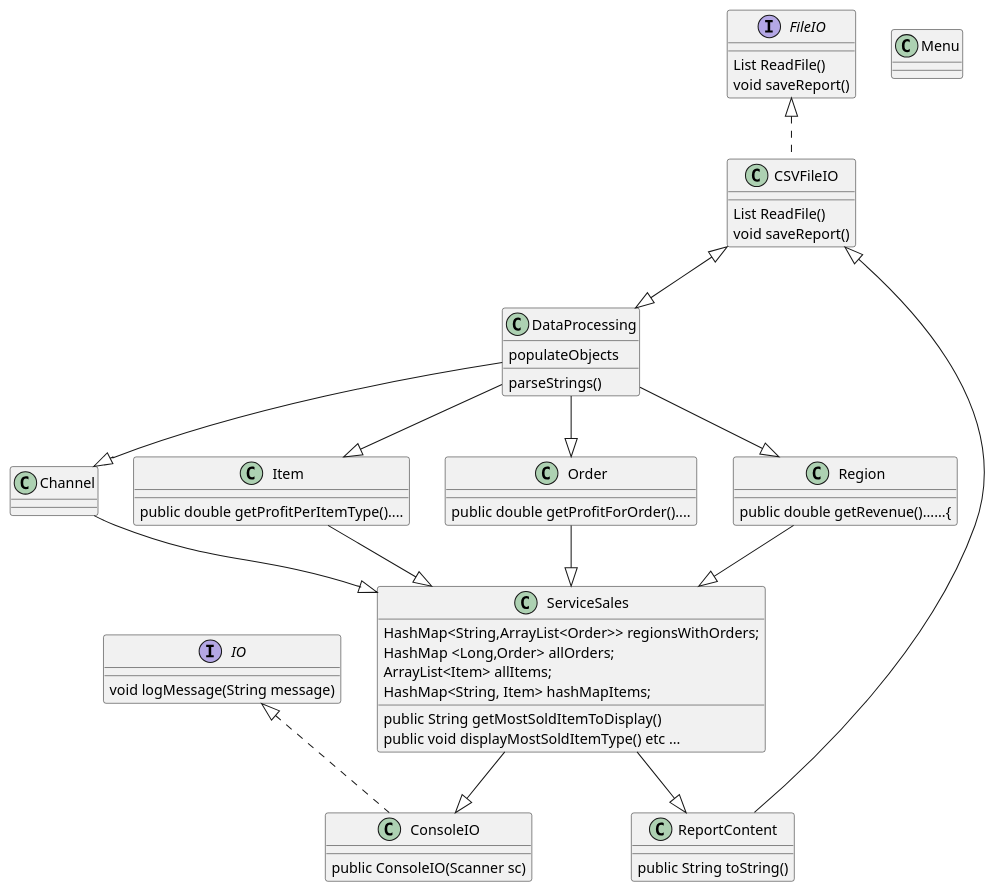
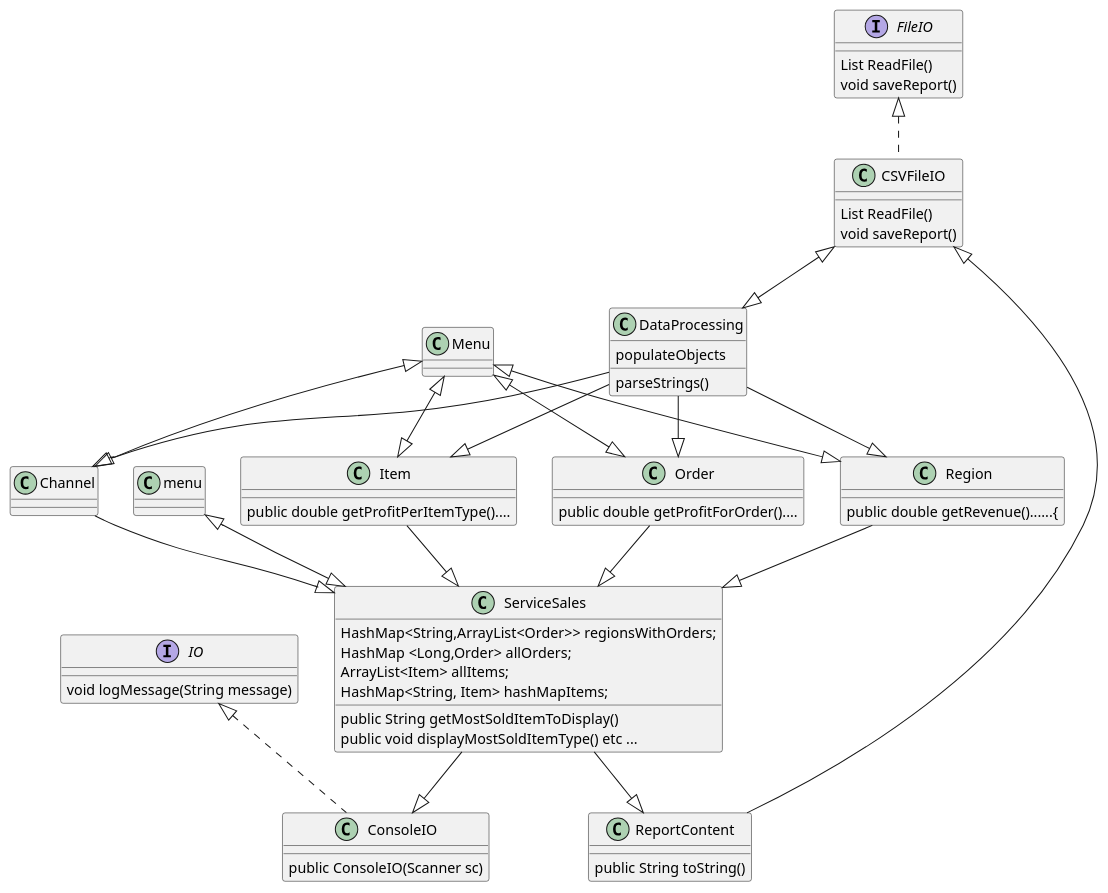
The diagram in design/ReskillAssignmentOne - Svetlana & Tom.puml (TomForsell/ReskillAssignmentOne), drawn with PlantUML before and after one commit.

Commit message:
UML "Ferdig"

```diff
--- a/design/ReskillAssignmentOne - Svetlana & Tom.puml
+++ b/design/ReskillAssignmentOne - Svetlana & Tom.puml
@@ -1,63 +1,74 @@
 @startuml
 'https://plantuml.com/class-diagram
 
 class Channel
 class ConsoleIO implements IO{
 public ConsoleIO(Scanner sc)
 
 }
 class CSVFileIO implements FileIO{
 List ReadFile()
 void saveReport()
 }
 class DataProcessing{
 parseStrings()
 populateObjects
 }
 interface FileIO{
 List ReadFile()
 void saveReport()
 }
 
 interface IO{
 void logMessage(String message)
 }
 class Item{
 public double getProfitPerItemType()....
 
 
 }
 class Menu
 class Order{
 public double getProfitForOrder()....
 }
 class Region{
 public double getRevenue()......{
     }
 class ReportContent{
 public String toString()
 }
 class ServiceSales{
  HashMap<String,ArrayList<Order>> regionsWithOrders;
  HashMap <Long,Order> allOrders;
  ArrayList<Item> allItems;
  HashMap<String, Item> hashMapItems;
   public String getMostSoldItemToDisplay()
   public void displayMostSoldItemType() etc ...
 }
 
 
 CSVFileIO <|-- ReportContent
 CSVFileIO <|--|> DataProcessing
 DataProcessing --|> Order
 Item --|> ServiceSales
 Region --|> ServiceSales
 
 DataProcessing --|> Region
 DataProcessing --|> Item
 DataProcessing --|> Channel
 ServiceSales --|> ReportContent
 ServiceSales --|> ConsoleIO
 Order --|> ServiceSales
 Channel --|> ServiceSales
+
+
+
+Menu <|--|> Channel
+Menu <|--|> Region
+Menu <|--|> Order
+Menu <|--|> Item
+menu <|--|> ServiceSales
+
+
+
 @enduml
```
